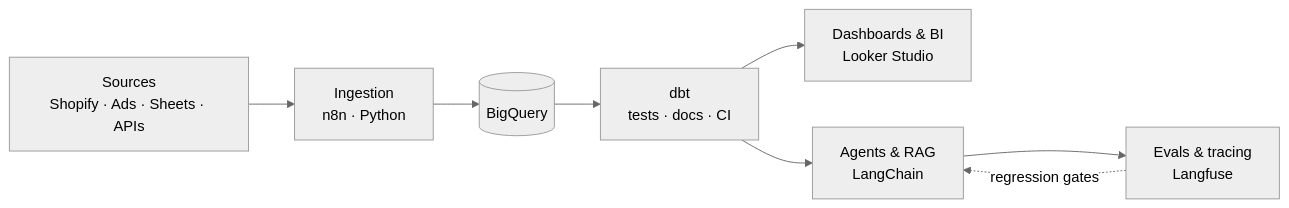
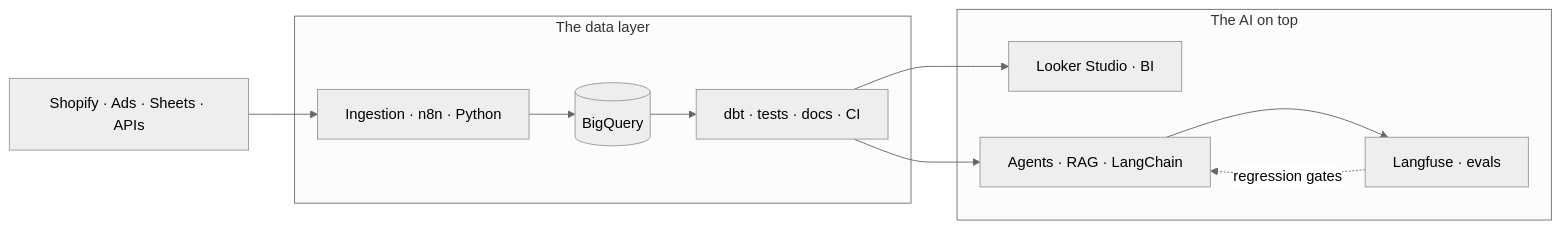
Before and after one commit to alfassaad/alfassaad: the diagram in README.md, drawn with Mermaid (neutral theme).

Commit message:
fix diagram labels

````diff
--- a/README.md
+++ b/README.md
@@ -9,19 +9,33 @@
 ```mermaid
 
 flowchart LR
 
-  A["Sources<br/>Shopify · Ads · Sheets · APIs"] --> B["Ingestion<br/>n8n · Python"]
+  A[Shopify · Ads · Sheets · APIs]
 
-  B --> C[("BigQuery")]
+  subgraph DL[The data layer]
 
-  C --> D["dbt<br/>tests · docs · CI"]
+    B[Ingestion · n8n · Python] --> C[(BigQuery)] --> D[dbt · tests · docs · CI]
 
-  D --> E["Dashboards & BI<br/>Looker Studio"]
+  end
 
-  D --> F["Agents & RAG<br/>LangChain"]
+  subgraph AI[The AI on top]
 
-  F --> G["Evals & tracing<br/>Langfuse"]
+    E[Looker Studio · BI]
+
+    F[Agents · RAG · LangChain]
+
+    G[Langfuse · evals]
+
+  end
+
+  A --> B
+
+  D --> E
+
+  D --> F
+
+  F --> G
 
   G -.->|regression gates| F
 
 ```
````
